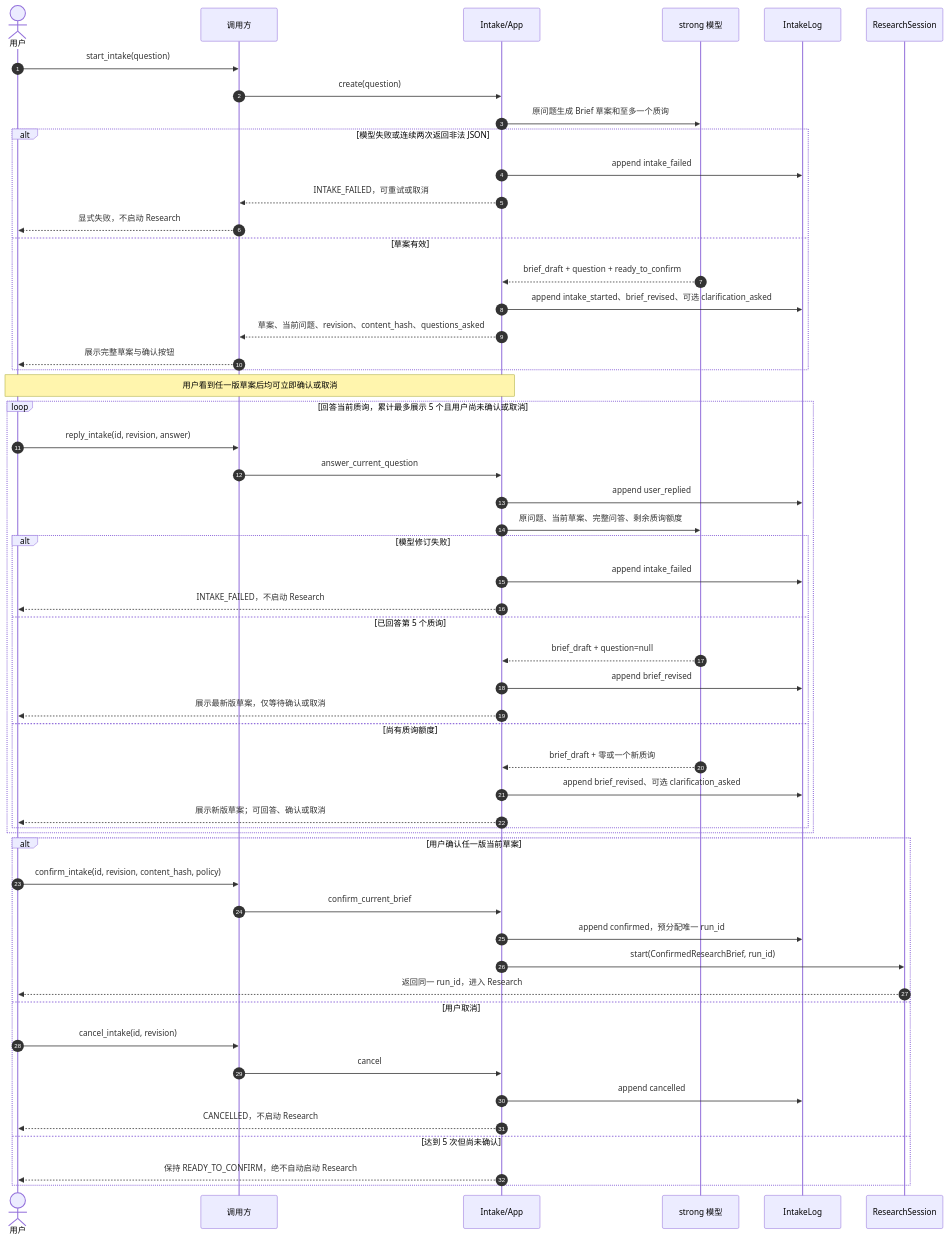
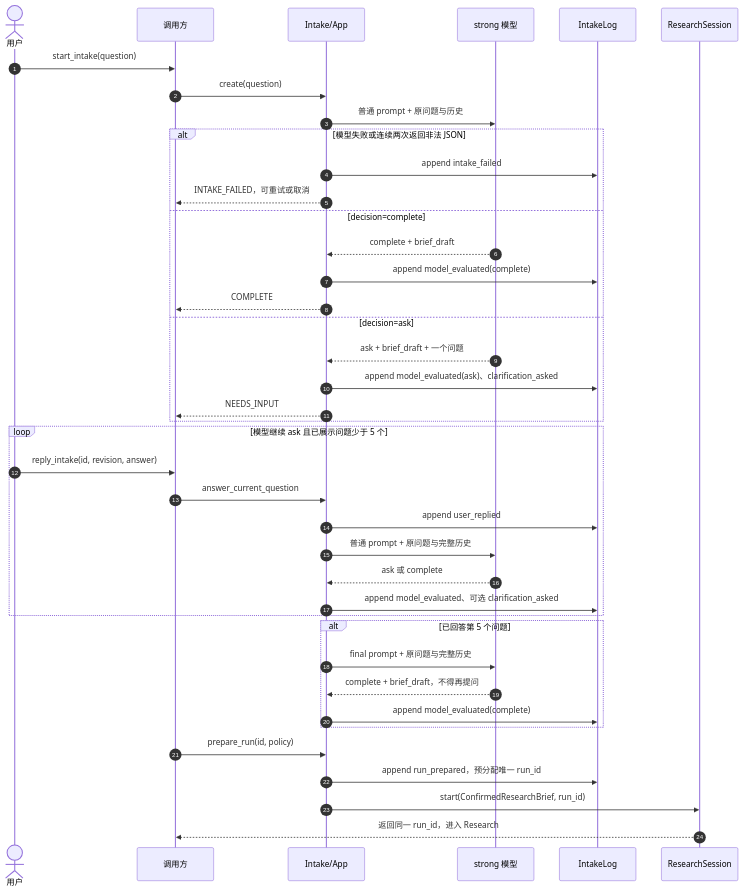
One commit to SuperCatQR/traceable-research-runtime changed the fifth of 7 diagrams in docs/web-search-architecture.md. Above: the diagram before and after it, drawn with Mermaid. The commit also changed other lines of this file and 10 other files, not shown here.

Commit message:
refactor: make intake model-led and harden search

````diff
--- a/docs/web-search-architecture.md
+++ b/docs/web-search-architecture.md
@@ -279,59 +279,46 @@
 ```mermaid
 sequenceDiagram
     autonumber
     actor U as 用户
     participant W as 调用方
     participant I as Intake/App
     participant M as strong 模型
     participant L as IntakeLog
     participant S as ResearchSession
 
     U->>W: start_intake(question)
     W->>I: create(question)
-    I->>M: 原问题生成 Brief 草案和至多一个质询
+    I->>M: 普通 prompt + 原问题与历史
     alt 模型失败或连续两次返回非法 JSON
         I->>L: append intake_failed
         I-->>W: INTAKE_FAILED，可重试或取消
-        W-->>U: 显式失败，不启动 Research
-    else 草案有效
-        M-->>I: brief_draft + question + ready_to_confirm
-        I->>L: append intake_started、brief_revised、可选 clarification_asked
-        I-->>W: 草案、当前问题、revision、content_hash、questions_asked
-        W-->>U: 展示完整草案与确认按钮
+    else decision=complete
+        M-->>I: complete + brief_draft
+        I->>L: append model_evaluated(complete)
+        I-->>W: COMPLETE
+    else decision=ask
+        M-->>I: ask + brief_draft + 一个问题
+        I->>L: append model_evaluated(ask)、clarification_asked
+        I-->>W: NEEDS_INPUT
     end
 
-    Note over U,I: 用户看到任一版草案后均可立即确认或取消
-    loop 回答当前质询，累计最多展示 5 个且用户尚未确认或取消
+    loop 模型继续 ask 且已展示问题少于 5 个
         U->>W: reply_intake(id, revision, answer)
         W->>I: answer_current_question
         I->>L: append user_replied
-        I->>M: 原问题、当前草案、完整问答、剩余质询额度
-        alt 模型修订失败
-            I->>L: append intake_failed
-            I-->>U: INTAKE_FAILED，不启动 Research
-        else 已回答第 5 个质询
-            M-->>I: brief_draft + question=null
-            I->>L: append brief_revised
-            I-->>U: 展示最新版草案，仅等待确认或取消
-        else 尚有质询额度
-            M-->>I: brief_draft + 零或一个新质询
-            I->>L: append brief_revised、可选 clarification_asked
-            I-->>U: 展示新版草案；可回答、确认或取消
-        end
+        I->>M: 普通 prompt + 原问题与完整历史
+        M-->>I: ask 或 complete
+        I->>L: append model_evaluated、可选 clarification_asked
     end
 
-    alt 用户确认任一版当前草案
-        U->>W: confirm_intake(id, revision, content_hash, policy)
-        W->>I: confirm_current_brief
-        I->>L: append confirmed，预分配唯一 run_id
-        I->>S: start(ConfirmedResearchBrief, run_id)
-        S-->>U: 返回同一 run_id，进入 Research
-    else 用户取消
-        U->>W: cancel_intake(id, revision)
-        W->>I: cancel
-        I->>L: append cancelled
-        I-->>U: CANCELLED，不启动 Research
-    else 达到 5 次但尚未确认
-        I-->>U: 保持 READY_TO_CONFIRM，绝不自动启动 Research
+    alt 已回答第 5 个问题
+        I->>M: final prompt + 原问题与完整历史
+        M-->>I: complete + brief_draft，不得再提问
+        I->>L: append model_evaluated(complete)
     end
+
+    W->>I: prepare_run(id, policy)
+    I->>L: append run_prepared，预分配唯一 run_id
+    I->>S: start(ConfirmedResearchBrief, run_id)
+    S-->>W: 返回同一 run_id，进入 Research
 ```
````
